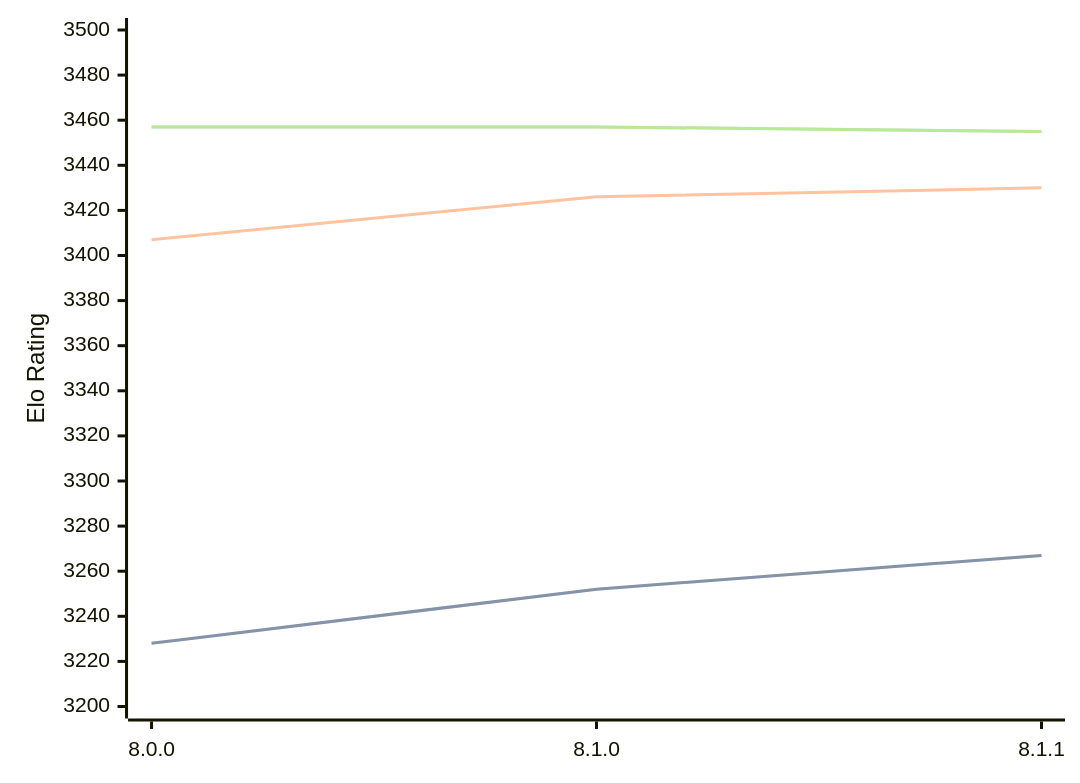
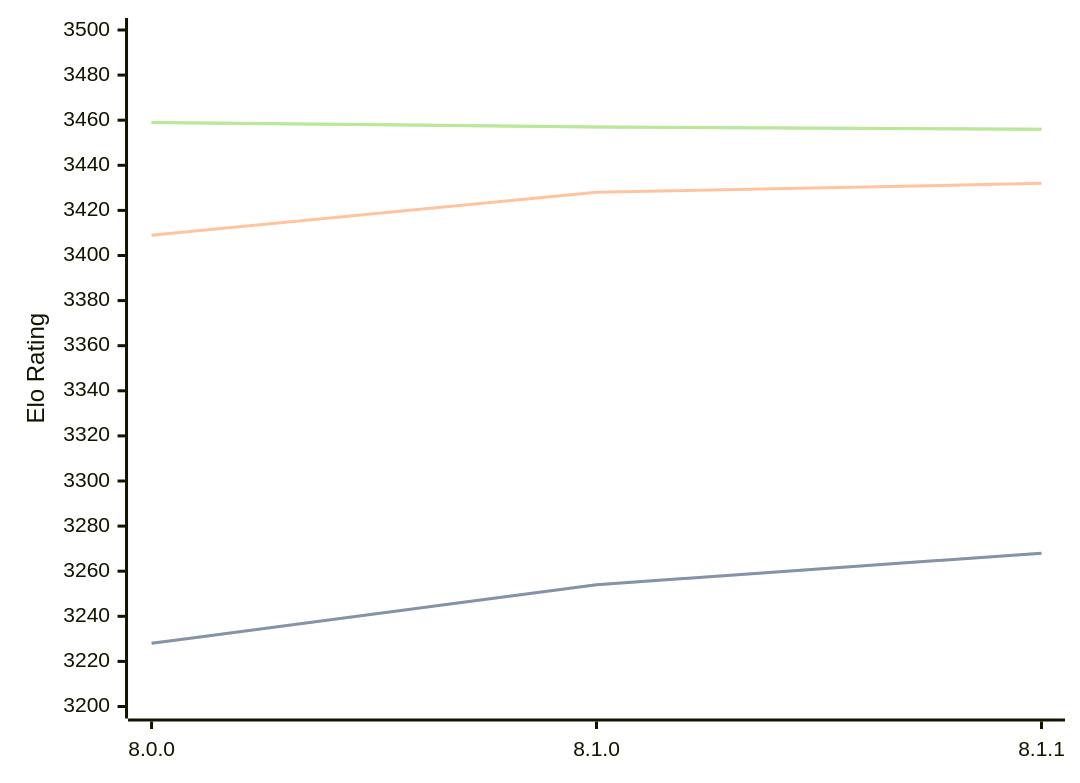
Before and after one commit to computer-chess-index/cci: the diagram in engines/Velvet.md, drawn with Mermaid. The commit also changed other lines of this file, not shown here.

Commit message:
Update CCI Ratings (ELO VLTC) - 2026-05-21

````diff
--- a/engines/Velvet.md
+++ b/engines/Velvet.md
@@ -57,11 +57,11 @@
 ```mermaid
 %%{init: {"theme":"base","themeVariables":{"seriesColors:['#a3a3a3','#222221','#faa371']}}}%%
 xychart-beta
   x-axis ["8.0.0", "8.1.0", "8.1.1"]
   y-axis "Elo Rating" 3200 --> 3500
-  line "STC (8.0+0.08s)" [3228, 3252, 3267]
-  line "STC (8.0+0.08s)" [3228, 3252, 3267]
-  line "LTC (60.0+0.60s)" [3407, 3426, 3430]
-  line "VLTC (2m24s+1.12s)" [3457, 3457, 3455]
-  line "VLTC (2m24s+1.12s)" [3457, 3457, 3455]
+  line "STC (8.0+0.08s)" [3228, 3254, 3268]
+  line "STC (8.0+0.08s)" [3228, 3254, 3268]
+  line "LTC (60.0+0.60s)" [3409, 3428, 3432]
+  line "VLTC (2m24s+1.12s)" [3459, 3457, 3456]
+  line "VLTC (2m24s+1.12s)" [3459, 3457, 3456]
 ```
````
